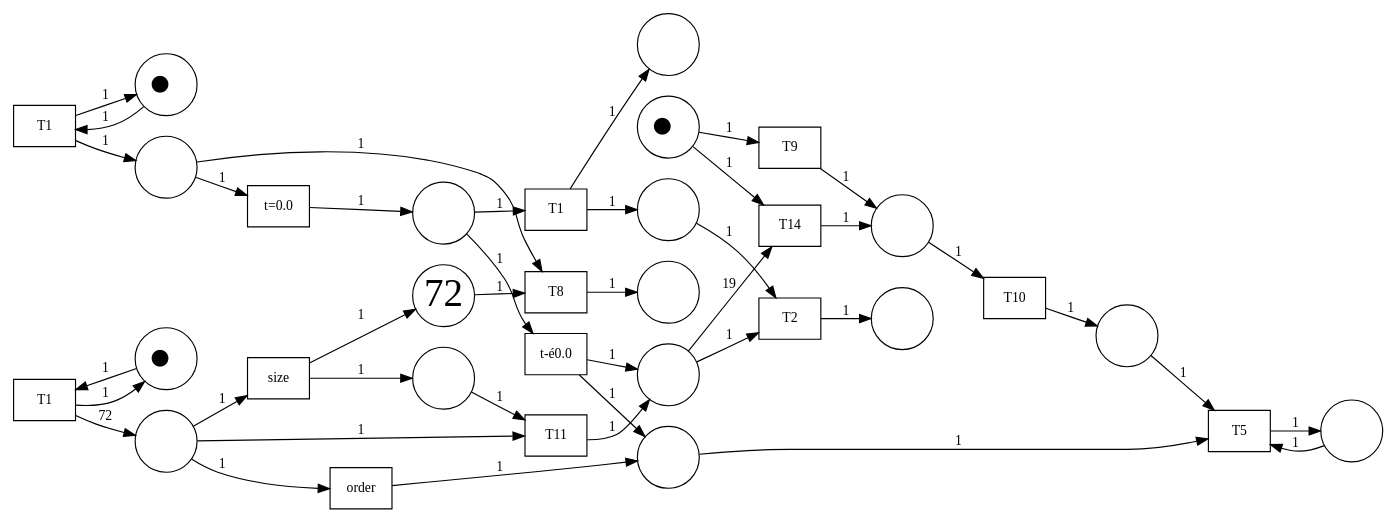
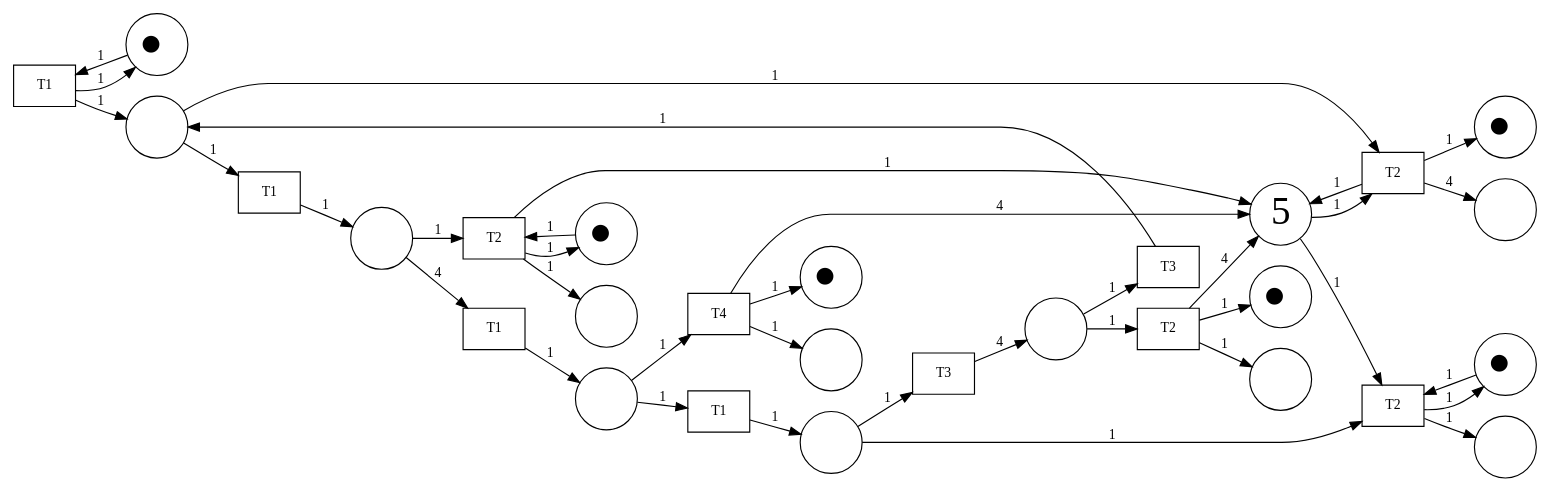
The diagram in sketch2pnml/data/output/output.gv (sam0ed/sketch2pnml), drawn with Graphviz before and after one commit. The commit also changed 57 other files, not shown here.

```diff
--- a/sketch2pnml/data/output/output.gv
+++ b/sketch2pnml/data/output/output.gv
@@ -1,75 +1,69 @@
-digraph "imported_1747860874.992569" {
+digraph "imported_1747915139.0207214" {
 	graph [bgcolor=white rankdir=LR]
 	node [shape=box]
-	2593521484304 [label=T1 border=1 fillcolor=white fontcolor=black fontsize=12 style=filled]
-	2593521498128 [label=T8 border=1 fillcolor=white fontcolor=black fontsize=12 style=filled]
-	2593521465360 [label=T9 border=1 fillcolor=white fontcolor=black fontsize=12 style=filled]
-	2593521954128 [label=T1 border=1 fillcolor=white fontcolor=black fontsize=12 style=filled]
-	2593521947984 [label=T14 border=1 fillcolor=white fontcolor=black fontsize=12 style=filled]
-	2593521761808 [label=T11 border=1 fillcolor=white fontcolor=black fontsize=12 style=filled]
-	2593521955728 [label=size border=1 fillcolor=white fontcolor=black fontsize=12 style=filled]
-	2593521545232 [label="t=0.0" border=1 fillcolor=white fontcolor=black fontsize=12 style=filled]
-	2593521487568 [label=order border=1 fillcolor=white fontcolor=black fontsize=12 style=filled]
-	2593521749072 [label=T10 border=1 fillcolor=white fontcolor=black fontsize=12 style=filled]
-	2593521538256 [label=T1 border=1 fillcolor=white fontcolor=black fontsize=12 style=filled]
-	2593521499792 [label=T5 border=1 fillcolor=white fontcolor=black fontsize=12 style=filled]
-	2593521535248 [label="t-é0.0" border=1 fillcolor=white fontcolor=black fontsize=12 style=filled]
-	2593521538512 [label=T2 border=1 fillcolor=white fontcolor=black fontsize=12 style=filled]
-	2593521924560 [label=<&#9679;> fillcolor=white fixedsize=true fontsize=34 shape=circle style=filled width=0.75]
-	2593521413520 [label=<&#9679;> fillcolor=white fixedsize=true fontsize=34 shape=circle style=filled width=0.75]
-	2593521416208 [label=<&#9679;> fillcolor=white fixedsize=true fontsize=34 shape=circle style=filled width=0.75]
-	2593521923536 [label=72 fillcolor=white fixedsize=true fontsize=34 shape=circle style=filled width=0.75]
-	2593521923664 [label="" fillcolor=white fixedsize=true shape=circle style=filled width=0.75]
-	2593521548624 [label="" fillcolor=white fixedsize=true shape=circle style=filled width=0.75]
-	2593521606224 [label="" fillcolor=white fixedsize=true shape=circle style=filled width=0.75]
-	2593521916176 [label="" fillcolor=white fixedsize=true shape=circle style=filled width=0.75]
-	2593522092240 [label="" fillcolor=white fixedsize=true shape=circle style=filled width=0.75]
-	2593521615184 [label="" fillcolor=white fixedsize=true shape=circle style=filled width=0.75]
-	2593521917840 [label="" fillcolor=white fixedsize=true shape=circle style=filled width=0.75]
-	2593521536336 [label="" fillcolor=white fixedsize=true shape=circle style=filled width=0.75]
-	2593521539216 [label="" fillcolor=white fixedsize=true shape=circle style=filled width=0.75]
-	2593521624144 [label="" fillcolor=white fixedsize=true shape=circle style=filled width=0.75]
-	2593521624912 [label="" fillcolor=white fixedsize=true shape=circle style=filled width=0.75]
-	2593521620880 [label="" fillcolor=white fixedsize=true shape=circle style=filled width=0.75]
-	2593522097552 [label="" fillcolor=white fixedsize=true shape=circle style=filled width=0.75]
-	2593521416208 -> 2593521465360 [label=1 arrowhead=normal fontsize=12]
-	2593521416208 -> 2593521947984 [label=1 arrowhead=normal fontsize=12]
-	2593521924560 -> 2593521954128 [label=1 arrowhead=normal fontsize=12]
-	2593521413520 -> 2593521484304 [label=1 arrowhead=normal fontsize=12]
-	2593521923536 -> 2593521498128 [label=1 arrowhead=normal fontsize=12]
-	2593521954128 -> 2593521924560 [label=1 arrowhead=normal fontsize=12]
-	2593521484304 -> 2593521413520 [label=1 arrowhead=normal fontsize=12]
-	2593521498128 -> 2593521916176 [label=1 arrowhead=normal fontsize=12]
-	2593521947984 -> 2593521923664 [label=1 arrowhead=normal fontsize=12]
-	2593521465360 -> 2593521923664 [label=1 arrowhead=normal fontsize=12]
-	2593521954128 -> 2593521548624 [label=72 arrowhead=normal fontsize=12]
-	2593521484304 -> 2593521606224 [label=1 arrowhead=normal fontsize=12]
-	2593521606224 -> 2593521498128 [label=1 arrowhead=normal fontsize=12]
-	2593521606224 -> 2593521545232 [label=1 arrowhead=normal fontsize=12]
-	2593521548624 -> 2593521955728 [label=1 arrowhead=normal fontsize=12]
-	2593521923664 -> 2593521749072 [label=1 arrowhead=normal fontsize=12]
-	2593521548624 -> 2593521761808 [label=1 arrowhead=normal fontsize=12]
-	2593521548624 -> 2593521487568 [label=1 arrowhead=normal fontsize=12]
-	2593521955728 -> 2593521923536 [label=1 arrowhead=normal fontsize=12]
-	2593521487568 -> 2593522092240 [label=1 arrowhead=normal fontsize=12]
-	2593521955728 -> 2593521536336 [label=1 arrowhead=normal fontsize=12]
-	2593521545232 -> 2593521615184 [label=1 arrowhead=normal fontsize=12]
-	2593521749072 -> 2593521917840 [label=1 arrowhead=normal fontsize=12]
-	2593521761808 -> 2593521539216 [label=1 arrowhead=normal fontsize=12]
-	2593521539216 -> 2593521947984 [label=19 arrowhead=normal fontsize=12]
-	2593521536336 -> 2593521761808 [label=1 arrowhead=normal fontsize=12]
-	2593521917840 -> 2593521499792 [label=1 arrowhead=normal fontsize=12]
-	2593521615184 -> 2593521538256 [label=1 arrowhead=normal fontsize=12]
-	2593521615184 -> 2593521535248 [label=1 arrowhead=normal fontsize=12]
-	2593521539216 -> 2593521538512 [label=1 arrowhead=normal fontsize=12]
-	2593522092240 -> 2593521499792 [label=1 arrowhead=normal fontsize=12]
-	2593521535248 -> 2593521539216 [label=1 arrowhead=normal fontsize=12]
-	2593521535248 -> 2593522092240 [label=1 arrowhead=normal fontsize=12]
-	2593521499792 -> 2593522097552 [label=1 arrowhead=normal fontsize=12]
-	2593521538512 -> 2593521624912 [label=1 arrowhead=normal fontsize=12]
-	2593521538256 -> 2593521620880 [label=1 arrowhead=normal fontsize=12]
-	2593521538256 -> 2593521624144 [label=1 arrowhead=normal fontsize=12]
-	2593522097552 -> 2593521499792 [label=1 arrowhead=normal fontsize=12]
-	2593521620880 -> 2593521538512 [label=1 arrowhead=normal fontsize=12]
+	2486352674960 [label=T2 border=1 fillcolor=white fontcolor=black fontsize=12 style=filled]
+	2486351587536 [label=T2 border=1 fillcolor=white fontcolor=black fontsize=12 style=filled]
+	2486352690960 [label=T1 border=1 fillcolor=white fontcolor=black fontsize=12 style=filled]
+	2486351586320 [label=T2 border=1 fillcolor=white fontcolor=black fontsize=12 style=filled]
+	2486351590096 [label=T1 border=1 fillcolor=white fontcolor=black fontsize=12 style=filled]
+	2486349077392 [label=T1 border=1 fillcolor=white fontcolor=black fontsize=12 style=filled]
+	2486352684752 [label=T1 border=1 fillcolor=white fontcolor=black fontsize=12 style=filled]
+	2486352910352 [label=T4 border=1 fillcolor=white fontcolor=black fontsize=12 style=filled]
+	2486352687248 [label=T3 border=1 fillcolor=white fontcolor=black fontsize=12 style=filled]
+	2486351587984 [label=T2 border=1 fillcolor=white fontcolor=black fontsize=12 style=filled]
+	2486354079760 [label=T3 border=1 fillcolor=white fontcolor=black fontsize=12 style=filled]
+	2486352344592 [label=<&#9679;> fillcolor=white fixedsize=true fontsize=34 shape=circle style=filled width=0.75]
+	2486352915280 [label=5 fillcolor=white fixedsize=true fontsize=34 shape=circle style=filled width=0.75]
+	2486352690448 [label=<&#9679;> fillcolor=white fixedsize=true fontsize=34 shape=circle style=filled width=0.75]
+	2486352649616 [label=<&#9679;> fillcolor=white fixedsize=true fontsize=34 shape=circle style=filled width=0.75]
+	2486349345104 [label=<&#9679;> fillcolor=white fixedsize=true fontsize=34 shape=circle style=filled width=0.75]
+	2486352759376 [label=<&#9679;> fillcolor=white fixedsize=true fontsize=34 shape=circle style=filled width=0.75]
+	2486352907600 [label=<&#9679;> fillcolor=white fixedsize=true fontsize=34 shape=circle style=filled width=0.75]
+	2486352919568 [label="" fillcolor=white fixedsize=true shape=circle style=filled width=0.75]
+	2486352652688 [label="" fillcolor=white fixedsize=true shape=circle style=filled width=0.75]
+	2486349356752 [label="" fillcolor=white fixedsize=true shape=circle style=filled width=0.75]
+	2486352905296 [label="" fillcolor=white fixedsize=true shape=circle style=filled width=0.75]
+	2486351353680 [label="" fillcolor=white fixedsize=true shape=circle style=filled width=0.75]
+	2486352651216 [label="" fillcolor=white fixedsize=true shape=circle style=filled width=0.75]
+	2486352652944 [label="" fillcolor=white fixedsize=true shape=circle style=filled width=0.75]
+	2486352650512 [label="" fillcolor=white fixedsize=true shape=circle style=filled width=0.75]
+	2486352917456 [label="" fillcolor=white fixedsize=true shape=circle style=filled width=0.75]
+	2486352906576 [label="" fillcolor=white fixedsize=true shape=circle style=filled width=0.75]
+	2486352915280 -> 2486352674960 [label=1 arrowhead=normal fontsize=12]
+	2486352915280 -> 2486351586320 [label=1 arrowhead=normal fontsize=12]
+	2486352759376 -> 2486351587536 [label=1 arrowhead=normal fontsize=12]
+	2486352649616 -> 2486352674960 [label=1 arrowhead=normal fontsize=12]
+	2486352344592 -> 2486352690960 [label=1 arrowhead=normal fontsize=12]
+	2486351587536 -> 2486352759376 [label=1 arrowhead=normal fontsize=12]
+	2486351586320 -> 2486352915280 [label=1 arrowhead=normal fontsize=12]
+	2486351586320 -> 2486352690448 [label=1 arrowhead=normal fontsize=12]
+	2486352690960 -> 2486352344592 [label=1 arrowhead=normal fontsize=12]
+	2486351587536 -> 2486352915280 [label=1 arrowhead=normal fontsize=12]
+	2486352674960 -> 2486352649616 [label=1 arrowhead=normal fontsize=12]
+	2486352674960 -> 2486352652688 [label=1 arrowhead=normal fontsize=12]
+	2486351586320 -> 2486352905296 [label=4 arrowhead=normal fontsize=12]
+	2486352690960 -> 2486352919568 [label=1 arrowhead=normal fontsize=12]
+	2486351587536 -> 2486349356752 [label=1 arrowhead=normal fontsize=12]
+	2486352919568 -> 2486351586320 [label=1 arrowhead=normal fontsize=12]
+	2486352919568 -> 2486351590096 [label=1 arrowhead=normal fontsize=12]
+	2486351590096 -> 2486351353680 [label=1 arrowhead=normal fontsize=12]
+	2486351353680 -> 2486351587536 [label=1 arrowhead=normal fontsize=12]
+	2486351353680 -> 2486349077392 [label=4 arrowhead=normal fontsize=12]
+	2486349077392 -> 2486352651216 [label=1 arrowhead=normal fontsize=12]
+	2486352651216 -> 2486352910352 [label=1 arrowhead=normal fontsize=12]
+	2486352651216 -> 2486352684752 [label=1 arrowhead=normal fontsize=12]
+	2486352910352 -> 2486349345104 [label=1 arrowhead=normal fontsize=12]
+	2486352910352 -> 2486352915280 [label=4 arrowhead=normal fontsize=12]
+	2486352910352 -> 2486352650512 [label=1 arrowhead=normal fontsize=12]
+	2486352684752 -> 2486352652944 [label=1 arrowhead=normal fontsize=12]
+	2486352652944 -> 2486352674960 [label=1 arrowhead=normal fontsize=12]
+	2486352652944 -> 2486352687248 [label=1 arrowhead=normal fontsize=12]
+	2486352687248 -> 2486352917456 [label=4 arrowhead=normal fontsize=12]
+	2486352917456 -> 2486354079760 [label=1 arrowhead=normal fontsize=12]
+	2486352917456 -> 2486351587984 [label=1 arrowhead=normal fontsize=12]
+	2486351587984 -> 2486352915280 [label=4 arrowhead=normal fontsize=12]
+	2486351587984 -> 2486352907600 [label=1 arrowhead=normal fontsize=12]
+	2486354079760 -> 2486352919568 [label=1 arrowhead=normal fontsize=12]
+	2486351587984 -> 2486352906576 [label=1 arrowhead=normal fontsize=12]
 	overlap=false
 }
```
